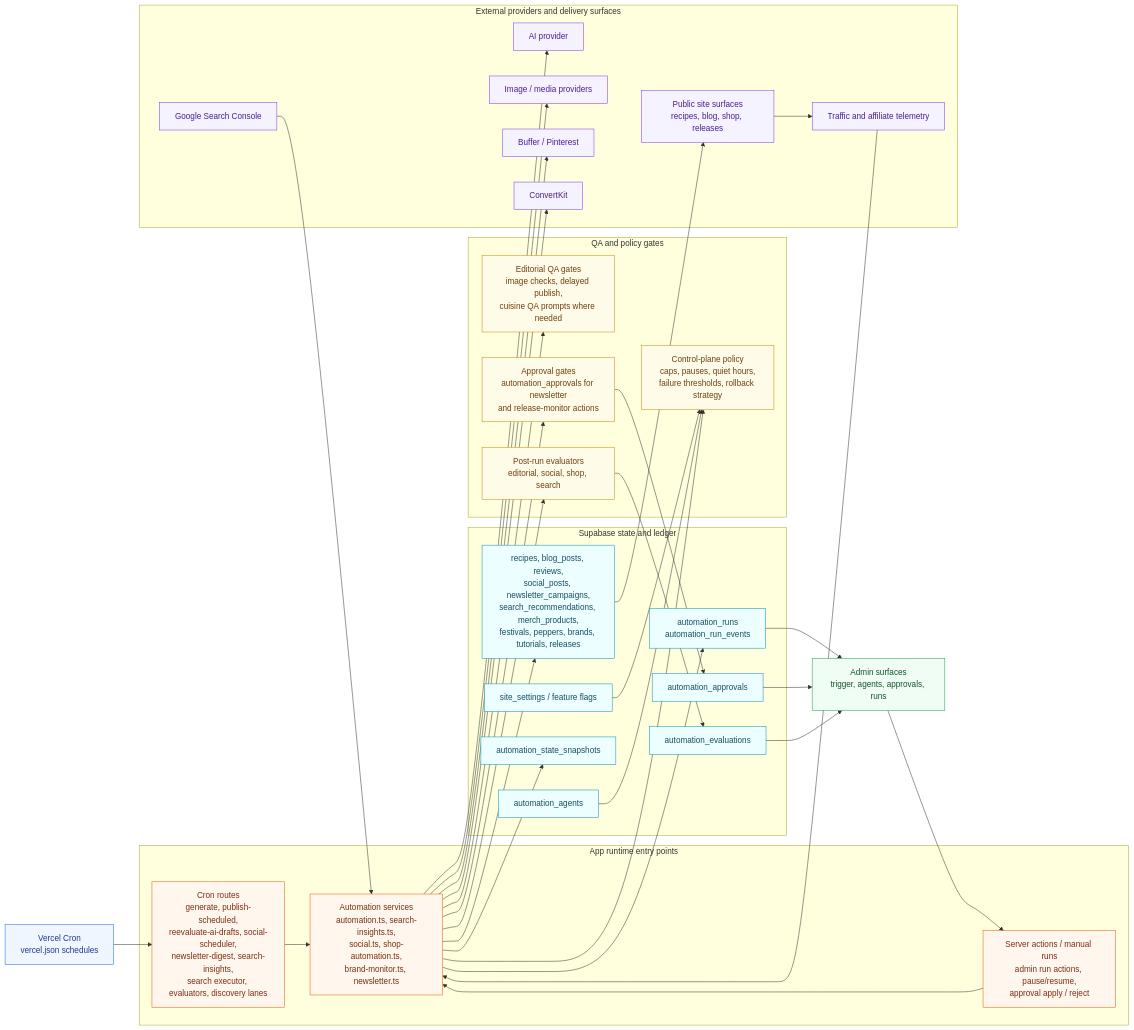
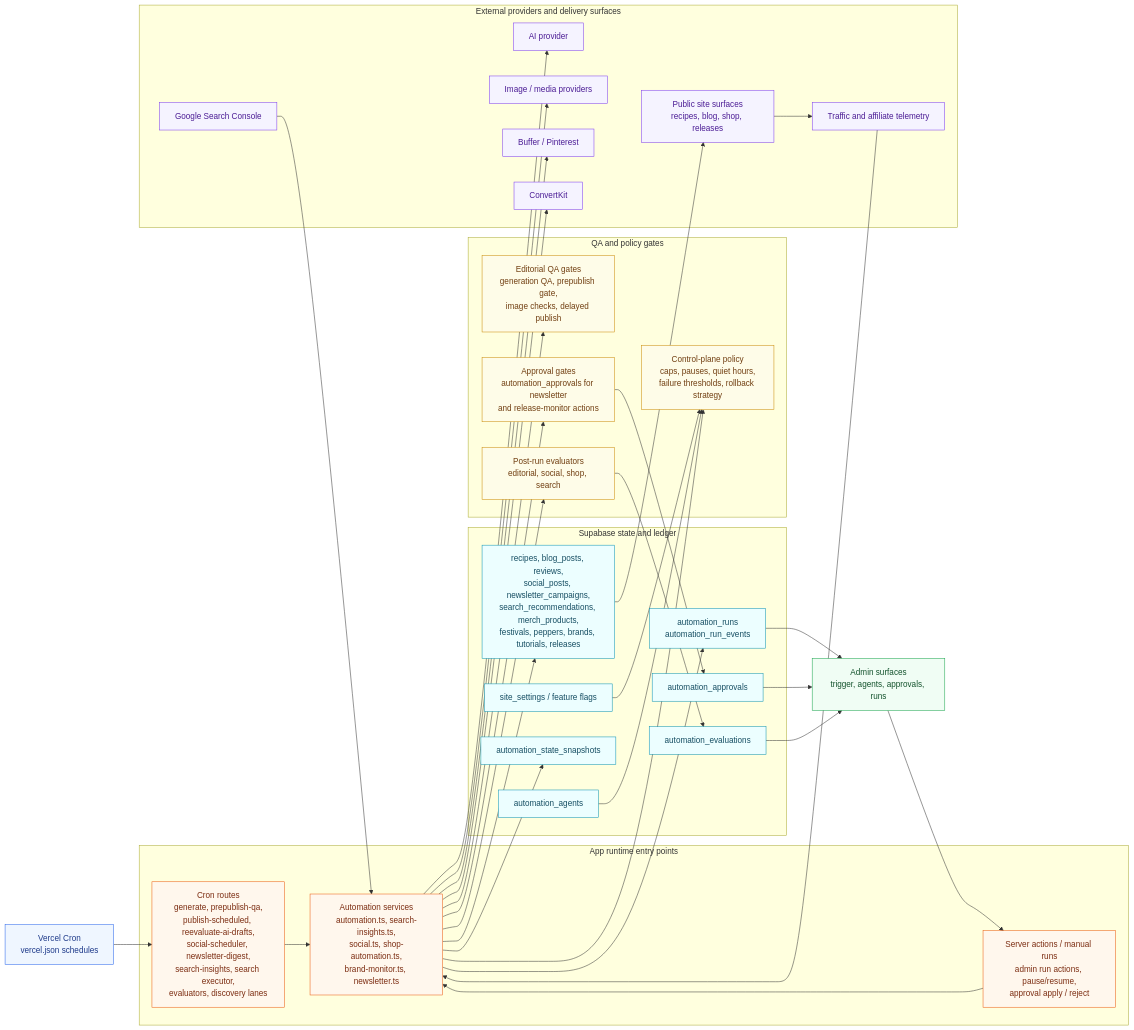
One commit to vijayinchicago/flamingfoodies changed the second of 2 diagrams in docs/autonomous-system-governance-plan.md. Above: the diagram before and after it, drawn with Mermaid. The commit also changed other lines of this file and 24 other files, not shown here.

Commit message:
Enforce editorial prepublish QA gate

````diff
--- a/docs/autonomous-system-governance-plan.md
+++ b/docs/autonomous-system-governance-plan.md
@@ -308,72 +308,72 @@
 ```mermaid
 flowchart LR
   classDef entry fill:#eff6ff,stroke:#2563eb,color:#1e3a8a
   classDef runtime fill:#fff7ed,stroke:#ea580c,color:#7c2d12
   classDef gate fill:#fefce8,stroke:#ca8a04,color:#713f12
   classDef data fill:#ecfeff,stroke:#0891b2,color:#164e63
   classDef external fill:#f5f3ff,stroke:#7c3aed,color:#4c1d95
   classDef admin fill:#f0fdf4,stroke:#16a34a,color:#14532d
 
   Cron["Vercel Cron<br/>vercel.json schedules"]:::entry
   AdminUI["Admin surfaces<br/>trigger, agents, approvals, runs"]:::admin
 
   subgraph Runtime["App runtime entry points"]
-    CronRoutes["Cron routes<br/>generate, publish-scheduled,<br/>reevaluate-ai-drafts, social-scheduler,<br/>newsletter-digest, search-insights,<br/>search executor, evaluators, discovery lanes"]:::runtime
+    CronRoutes["Cron routes<br/>generate, prepublish-qa,<br/>publish-scheduled, reevaluate-ai-drafts,<br/>social-scheduler, newsletter-digest,<br/>search-insights, search executor,<br/>evaluators, discovery lanes"]:::runtime
     AdminActions["Server actions / manual runs<br/>admin run actions, pause/resume,<br/>approval apply / reject"]:::runtime
     Services["Automation services<br/>automation.ts, search-insights.ts,<br/>social.ts, shop-automation.ts,<br/>brand-monitor.ts, newsletter.ts"]:::runtime
   end
 
   subgraph Gates["QA and policy gates"]
     Policy["Control-plane policy<br/>caps, pauses, quiet hours,<br/>failure thresholds, rollback strategy"]:::gate
-    QA["Editorial QA gates<br/>image checks, delayed publish,<br/>cuisine QA prompts where needed"]:::gate
+    QA["Editorial QA gates<br/>generation QA, prepublish gate,<br/>image checks, delayed publish"]:::gate
     Approval["Approval gates<br/>automation_approvals for newsletter<br/>and release-monitor actions"]:::gate
     Eval["Post-run evaluators<br/>editorial, social, shop, search"]:::gate
   end
 
   subgraph Data["Supabase state and ledger"]
     Site["site_settings / feature flags"]:::data
     Agents["automation_agents"]:::data
     Runs["automation_runs<br/>automation_run_events"]:::data
     Approvals["automation_approvals"]:::data
     Evaluations["automation_evaluations"]:::data
     Snapshots["automation_state_snapshots"]:::data
     Content["recipes, blog_posts, reviews,<br/>social_posts, newsletter_campaigns,<br/>search_recommendations, merch_products,<br/>festivals, peppers, brands, tutorials, releases"]:::data
   end
 
   subgraph Providers["External providers and delivery surfaces"]
     AIProvider["AI provider"]:::external
     Media["Image / media providers"]:::external
     SearchConsole["Google Search Console"]:::external
     Buffer["Buffer / Pinterest"]:::external
     Kit["ConvertKit"]:::external
     Public["Public site surfaces<br/>recipes, blog, shop, releases"]:::external
     Telemetry["Traffic and affiliate telemetry"]:::external
   end
 
   Cron --> CronRoutes --> Services
   AdminUI --> AdminActions --> Services
 
   Site --> Policy
   Agents --> Policy
   Services --> Policy
   Services --> QA
   Services --> Approval
   Services --> Eval
 
   Services --> Runs
   Services --> Content
   Approval --> Approvals
   Eval --> Evaluations
   Services --> Snapshots
 
   Services --> AIProvider
   Services --> Media
   SearchConsole --> Services
   Services --> Buffer
   Services --> Kit
   Content --> Public
   Public --> Telemetry --> Services
   Runs --> AdminUI
   Approvals --> AdminUI
   Evaluations --> AdminUI
 ```
````
